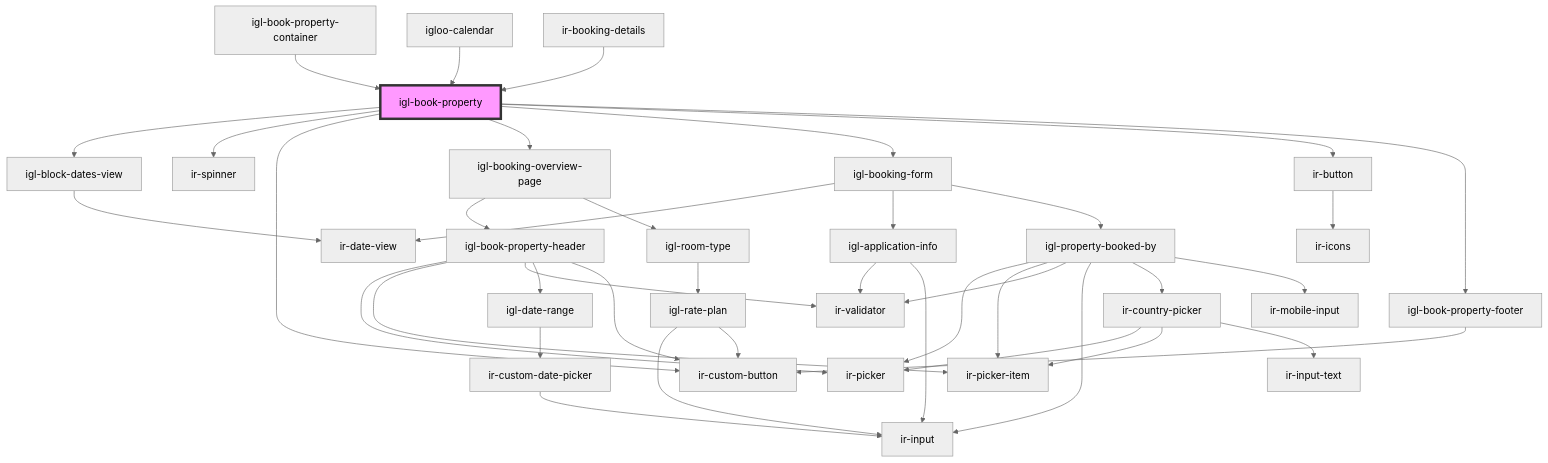
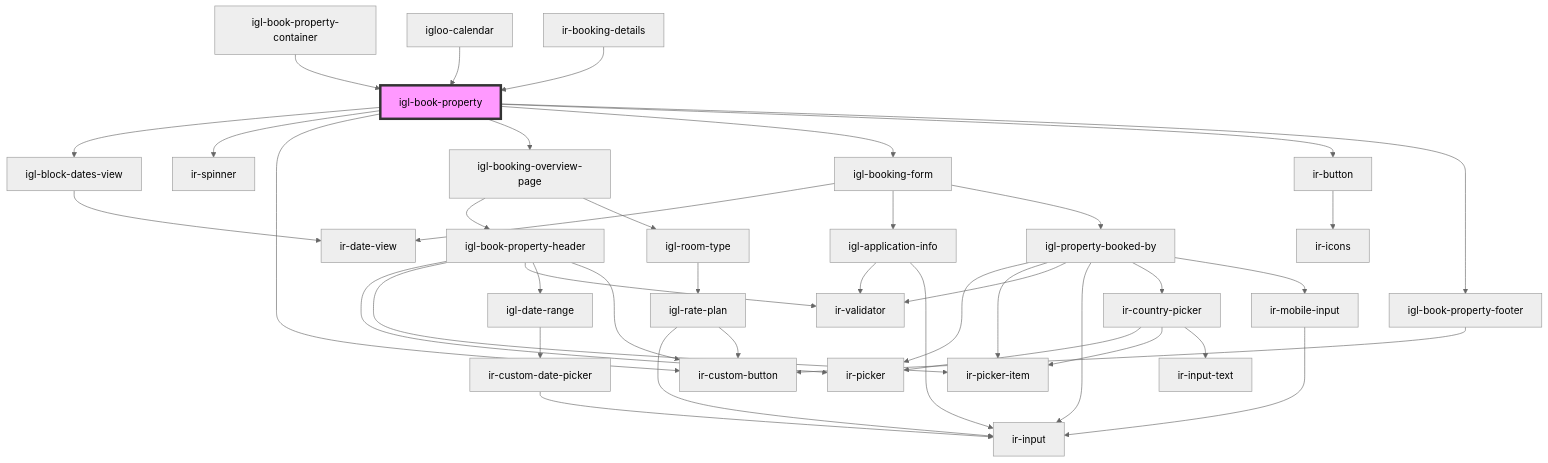
Before and after one commit to RonyRizk/ir-webcmp: the diagram in src/components/igloo-calendar/igl-book-property/readme.md, drawn with Mermaid (neutral theme). The commit also changed 35 other files, not shown here.

````diff
--- a/src/components/igloo-calendar/igl-book-property/readme.md
+++ b/src/components/igloo-calendar/igl-book-property/readme.md
@@ -53,43 +53,44 @@
 ```mermaid
 graph TD;
   igl-book-property --> igl-block-dates-view
   igl-book-property --> ir-spinner
   igl-book-property --> ir-custom-button
   igl-book-property --> igl-booking-overview-page
   igl-book-property --> igl-booking-form
   igl-book-property --> ir-button
   igl-book-property --> igl-book-property-footer
   igl-block-dates-view --> ir-date-view
   igl-booking-overview-page --> igl-book-property-header
   igl-booking-overview-page --> igl-room-type
   igl-book-property-header --> ir-picker
   igl-book-property-header --> ir-picker-item
   igl-book-property-header --> ir-validator
   igl-book-property-header --> igl-date-range
   igl-book-property-header --> ir-custom-button
   igl-date-range --> ir-custom-date-picker
   ir-custom-date-picker --> ir-input
   igl-room-type --> igl-rate-plan
   igl-rate-plan --> ir-input
   igl-rate-plan --> ir-custom-button
   igl-booking-form --> ir-date-view
   igl-booking-form --> igl-application-info
   igl-booking-form --> igl-property-booked-by
   igl-application-info --> ir-validator
   igl-application-info --> ir-input
   igl-property-booked-by --> ir-picker
   igl-property-booked-by --> ir-picker-item
   igl-property-booked-by --> ir-validator
   igl-property-booked-by --> ir-input
   igl-property-booked-by --> ir-country-picker
   igl-property-booked-by --> ir-mobile-input
   ir-country-picker --> ir-picker
   ir-country-picker --> ir-picker-item
   ir-country-picker --> ir-input-text
+  ir-mobile-input --> ir-input
   ir-button --> ir-icons
   igl-book-property-footer --> ir-custom-button
   igl-book-property-container --> igl-book-property
   igloo-calendar --> igl-book-property
   ir-booking-details --> igl-book-property
   style igl-book-property fill:#f9f,stroke:#333,stroke-width:4px
 ```
````
